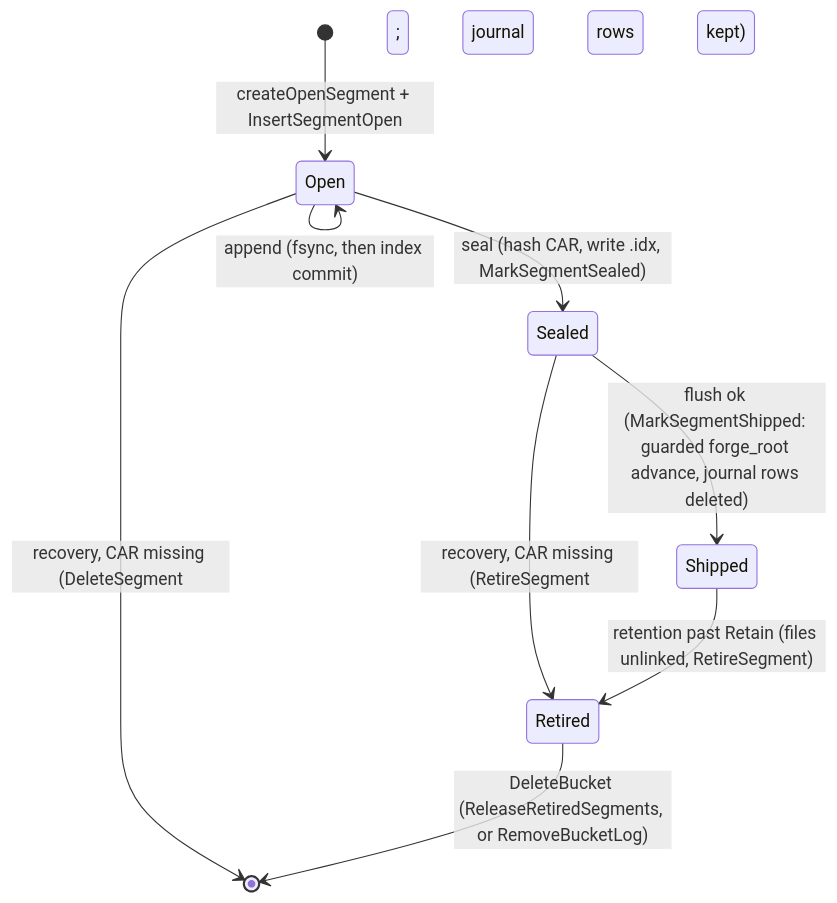
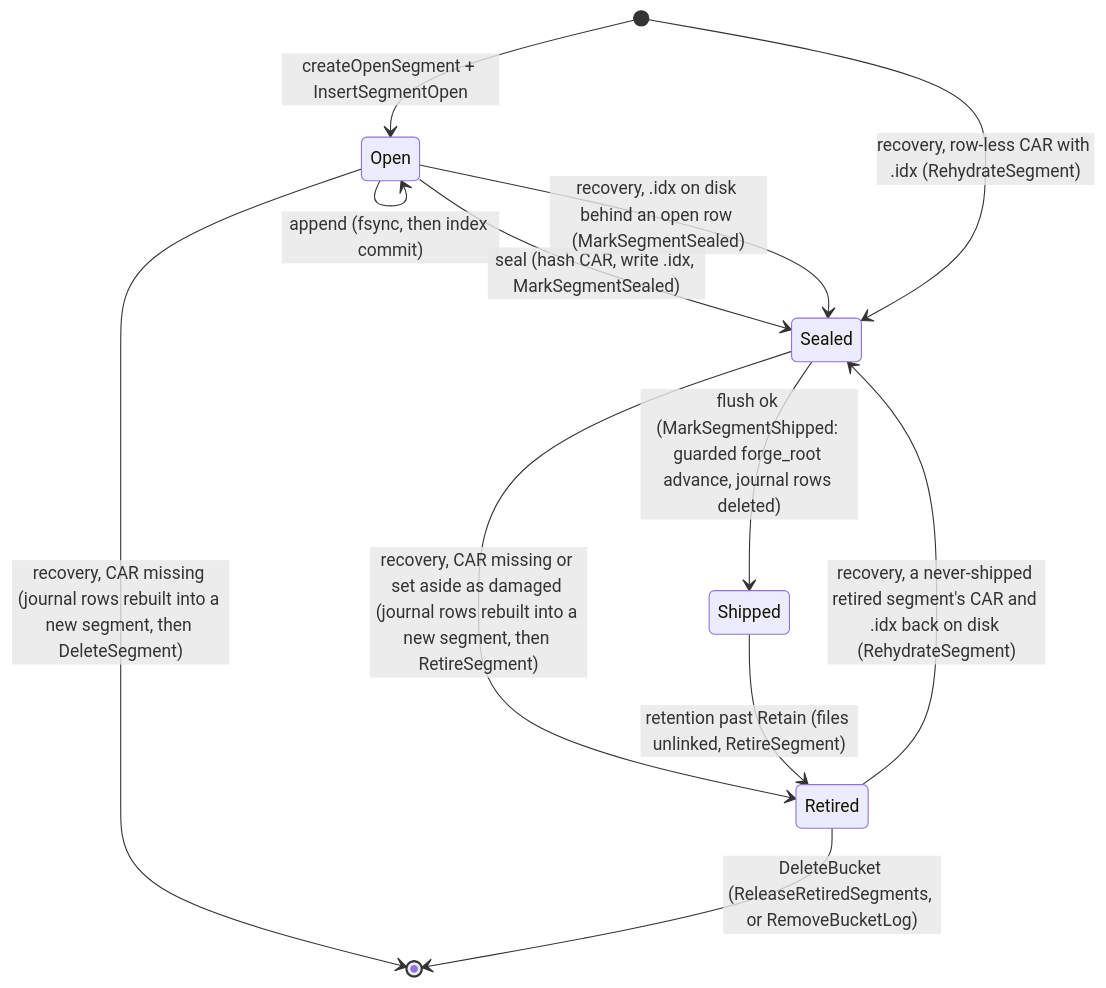
One commit to fil-forge/ingot changed the second of 2 diagrams in logstore/README.md. Above: the diagram before and after it, drawn with Mermaid. The commit also changed other lines of this file and 17 other files, not shown here.

````diff
--- a/logstore/README.md
+++ b/logstore/README.md
@@ -104,11 +105,14 @@
 ```mermaid
 stateDiagram-v2
     [*] --> Open : createOpenSegment + InsertSegmentOpen
     Open --> Open : append (fsync, then index commit)
     Open --> Sealed : seal (hash CAR, write .idx, MarkSegmentSealed)
-    Open --> [*] : recovery, CAR missing (DeleteSegment; journal rows kept)
+    Open --> Sealed : recovery, .idx on disk behind an open row (MarkSegmentSealed)
+    [*] --> Sealed : recovery, row-less CAR with .idx (RehydrateSegment)
+    Open --> [*] : recovery, CAR missing (journal rows rebuilt into a new segment, then DeleteSegment)
     Sealed --> Shipped : flush ok (MarkSegmentShipped: guarded forge_root advance, journal rows deleted)
-    Sealed --> Retired : recovery, CAR missing (RetireSegment; journal rows kept)
+    Sealed --> Retired : recovery, CAR missing or set aside as damaged (journal rows rebuilt into a new segment, then RetireSegment)
     Shipped --> Retired : retention past Retain (files unlinked, RetireSegment)
+    Retired --> Sealed : recovery, a never-shipped retired segment's CAR and .idx back on disk (RehydrateSegment)
     Retired --> [*] : DeleteBucket (ReleaseRetiredSegments, or RemoveBucketLog)
 ```
````
